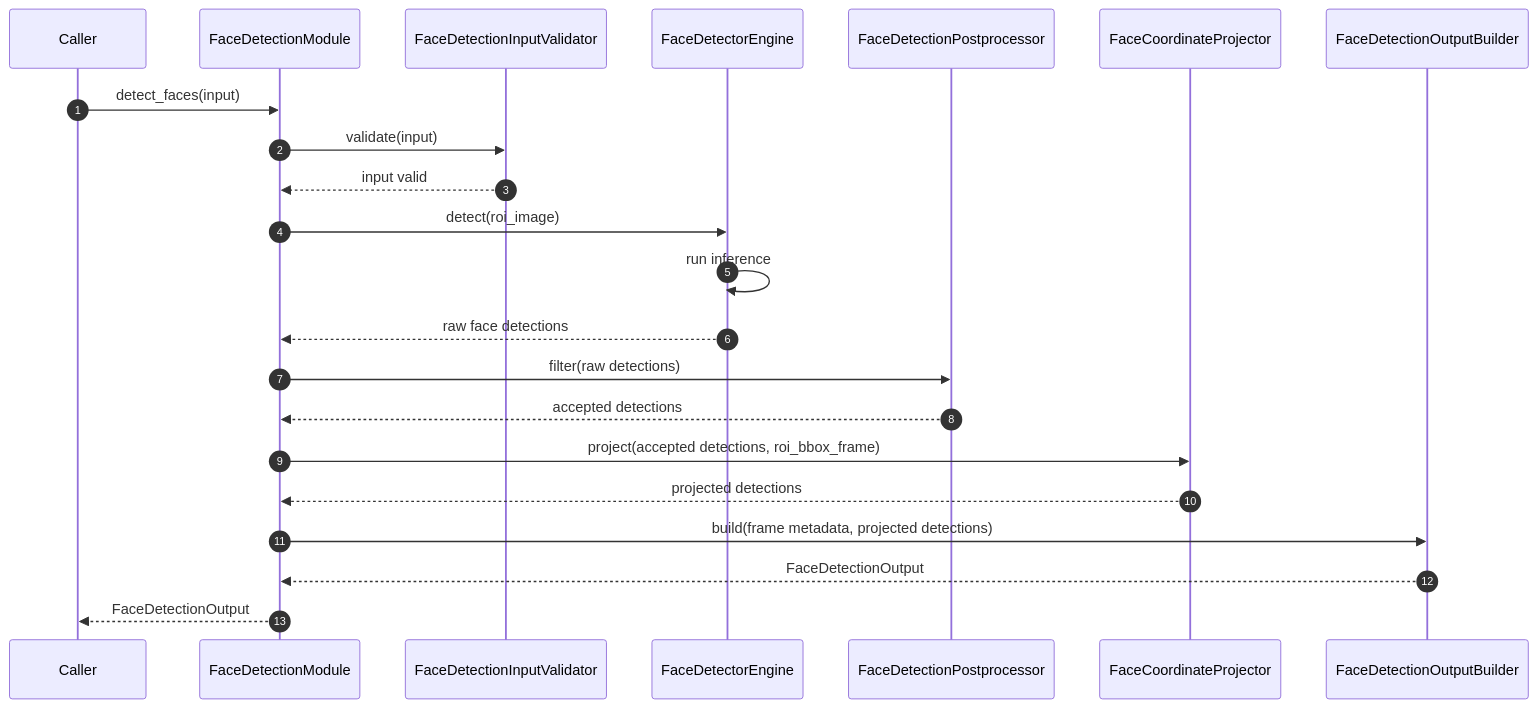
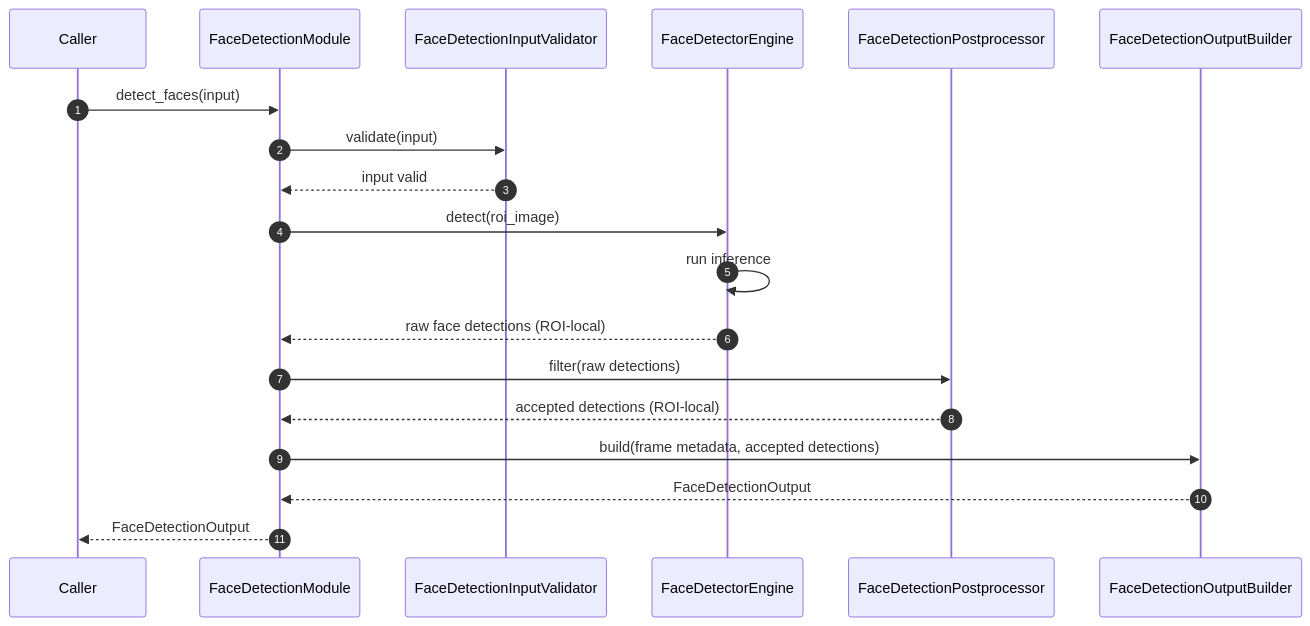
The second of 2 diagrams in doc/image_processing_service/face_detection.md (talifruman/camera-recognition), drawn with Mermaid before and after one commit. The commit also changed other lines of this file and 60 other files, not shown here.

````diff
--- a/doc/image_processing_service/face_detection.md
+++ b/doc/image_processing_service/face_detection.md
@@ -436,25 +413,22 @@
 ```mermaid
 sequenceDiagram
     autonumber
     participant Caller
     participant FaceDetectionModule
     participant FaceDetectionInputValidator
     participant FaceDetectorEngine
     participant FaceDetectionPostprocessor
-    participant FaceCoordinateProjector
     participant FaceDetectionOutputBuilder
 
     Caller->>FaceDetectionModule: detect_faces(input)
     FaceDetectionModule->>FaceDetectionInputValidator: validate(input)
     FaceDetectionInputValidator-->>FaceDetectionModule: input valid
     FaceDetectionModule->>FaceDetectorEngine: detect(roi_image)
     FaceDetectorEngine->>FaceDetectorEngine: run inference
-    FaceDetectorEngine-->>FaceDetectionModule: raw face detections
+    FaceDetectorEngine-->>FaceDetectionModule: raw face detections (ROI-local)
     FaceDetectionModule->>FaceDetectionPostprocessor: filter(raw detections)
-    FaceDetectionPostprocessor-->>FaceDetectionModule: accepted detections
-    FaceDetectionModule->>FaceCoordinateProjector: project(accepted detections, roi_bbox_frame)
-    FaceCoordinateProjector-->>FaceDetectionModule: projected detections
-    FaceDetectionModule->>FaceDetectionOutputBuilder: build(frame metadata, projected detections)
+    FaceDetectionPostprocessor-->>FaceDetectionModule: accepted detections (ROI-local)
+    FaceDetectionModule->>FaceDetectionOutputBuilder: build(frame metadata, accepted detections)
     FaceDetectionOutputBuilder-->>FaceDetectionModule: FaceDetectionOutput
     FaceDetectionModule-->>Caller: FaceDetectionOutput
 ```
````
